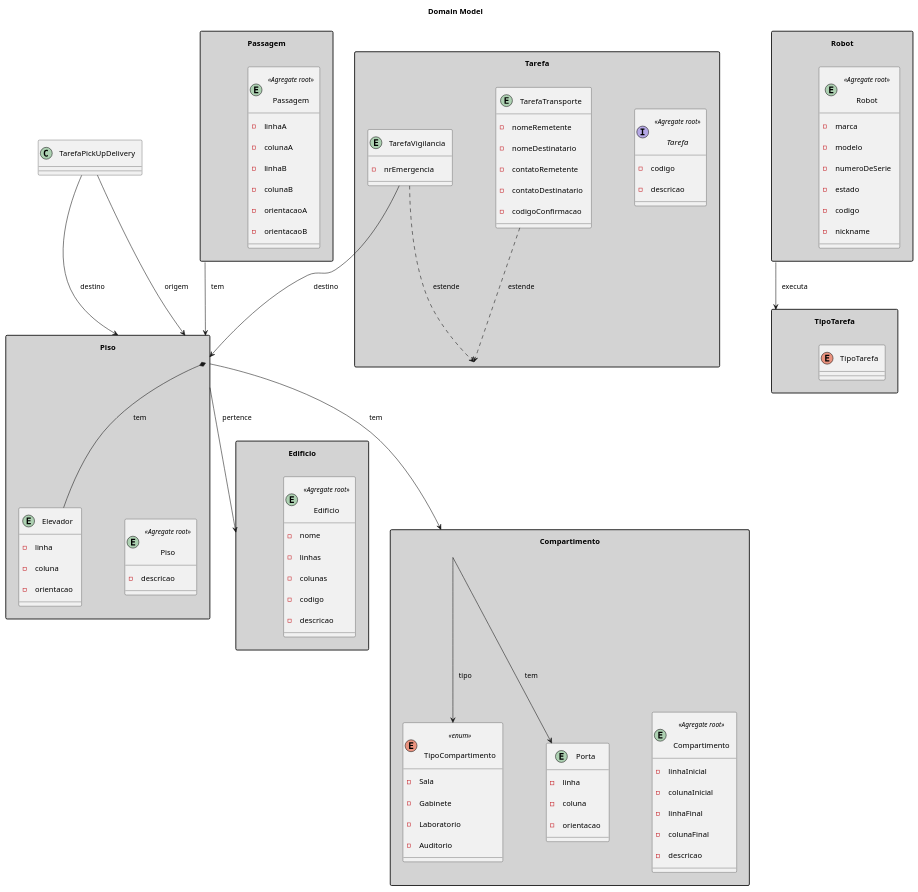
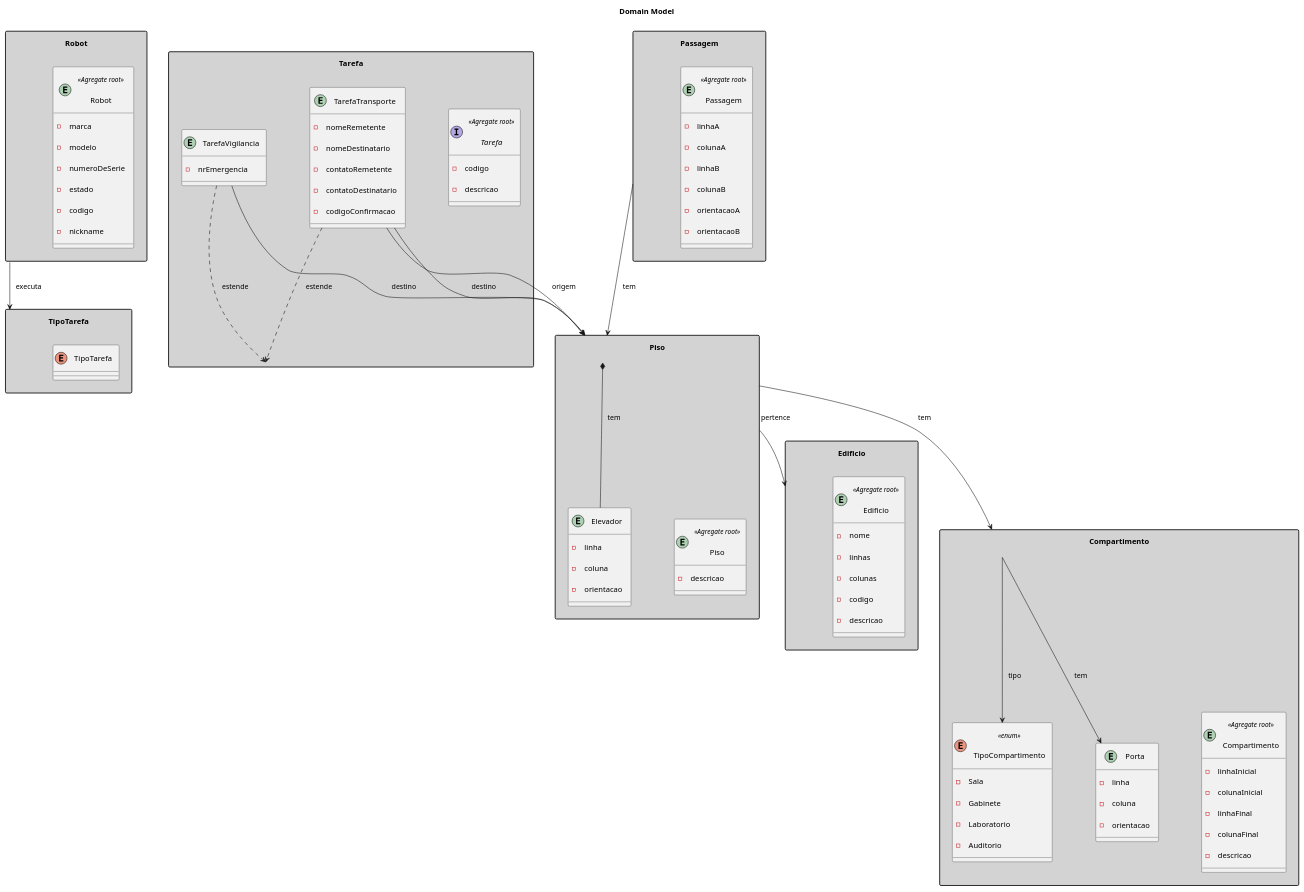
The diagram in docs/domainModel/domainModel.puml (rpeir/LAPR5), drawn with PlantUML before and after one commit. The commit also changed 1 other file, not shown here.

```diff
--- a/docs/domainModel/domainModel.puml
+++ b/docs/domainModel/domainModel.puml
@@ -1,134 +1,134 @@
 @startuml Domain Model
 
 title "Domain Model"
 ' left to right direction
 ' top to bottom direction
 skinparam Padding 10
 skinparam Nodesep 80
 skinparam ranksep 100
 skinparam groupInheritance 1
 ' skinparam linetype ortho
 skinparam separation 1000
 skinparam NoteBackgroundColor #A9A9A9
 skinparam PackageStyle rectangle
 skinparam package {
     BackgroundColor #D3D3D3
     FontStyle bold
 }
 
 ' hide circle
 ' hide methods
 
 package Robot {
     entity Robot <<Agregate root>>{
         -marca
         -modelo
         -numeroDeSerie
         -estado
         -codigo
         -nickname
     }
 }
 
 
 package TipoTarefa{
     enum TipoTarefa{
 
     }
 }
 
 package Tarefa {
     interface Tarefa <<Agregate root>>{
         - codigo
         - descricao
 
     }
 
     entity TarefaVigilancia {
         - nrEmergencia
     }
     entity TarefaTransporte {
         - nomeRemetente
         - nomeDestinatario
         - contatoRemetente
         - contatoDestinatario
         - codigoConfirmacao
     }
 }
 
 package Edificio{
     entity Edificio <<Agregate root>>{
         - nome
         - linhas
         - colunas
         - codigo
         - descricao
     }
 }
 
 package Piso{
     entity Piso <<Agregate root>> {
         - descricao
     }
     entity Elevador {
         - linha
         - coluna
         - orientacao
     }
 
 }
 
 package Compartimento{
     Entity Compartimento <<Agregate root>> {
         - linhaInicial
         - colunaInicial
         - linhaFinal
         - colunaFinal
         - descricao
     }
 
     enum TipoCompartimento <<enum>>{
             - Sala
             - Gabinete
             - Laboratorio
             - Auditorio
     }
 
     entity Porta{
         - linha
         - coluna
         - orientacao
     }
 
 }
 package Passagem{
     entity Passagem <<Agregate root>>{
         - linhaA
         - colunaA
         - linhaB
         - colunaB
         - orientacaoA
         - orientacaoB
     }
 }
 
 TarefaVigilancia ..> Tarefa:  estende
 TarefaTransporte ..> Tarefa: estende
 
 Compartimento --> Porta: tem
 Compartimento --> TipoCompartimento: tipo
 
 Robot --> TipoTarefa: executa
 
 Piso --> Edificio: pertence
 Piso *-- Elevador : tem
 Piso --> Compartimento: tem
 
-TarefaPickUpDelivery --> Piso: destino
-TarefaPickUpDelivery --> Piso: origem
+TarefaTransporte --> Piso: destino
+TarefaTransporte --> Piso: origem
 
 TarefaVigilancia --> Piso: destino
 
 Passagem --> Piso: tem
 
 @enduml
```
